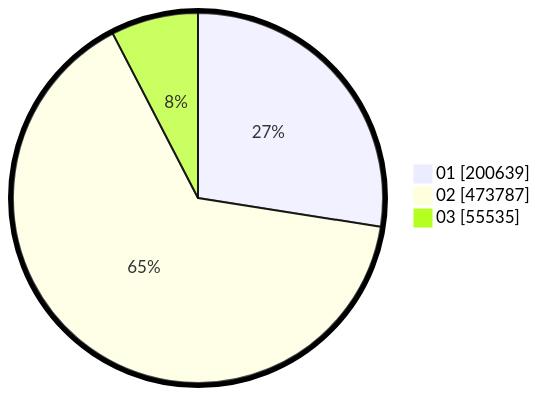
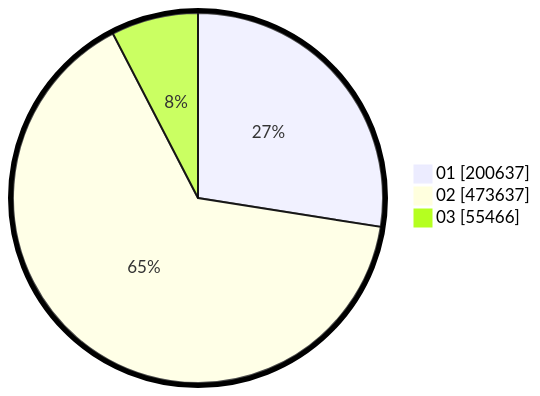
Before and after one commit to gigit-pemilu/pemilu-2024: the second of 2 diagrams in pilpres/hitung-suara/sub/table-wilayah-76.md, drawn with Mermaid. The commit also changed other lines of this file and 10 other files, not shown here.

````diff
--- a/pilpres/hitung-suara/sub/table-wilayah-76.md
+++ b/pilpres/hitung-suara/sub/table-wilayah-76.md
@@ -15,7 +15,7 @@
 ```mermaid
 %%{init: {"pie": {"textPosition": 0.5}, "themeVariables": {"pieOuterStrokeWidth": "5px"}} }%%
 pie showData
-    "01" : 200639
-    "02" : 473787
-    "03" : 55535
+    "01" : 200637
+    "02" : 473637
+    "03" : 55466
 ```
````
